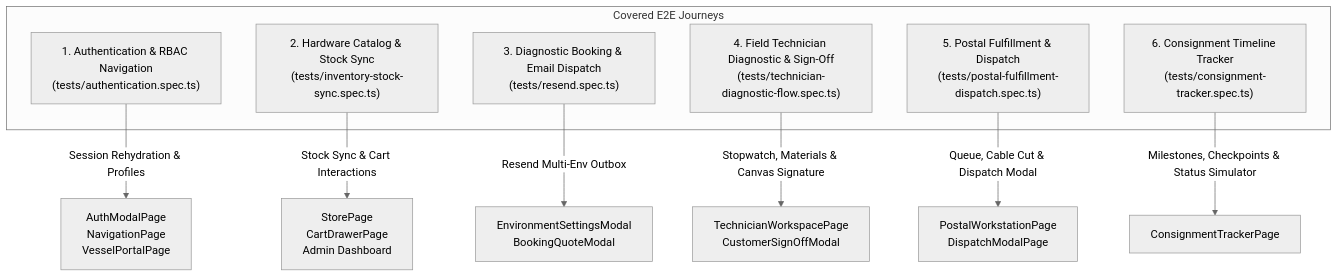
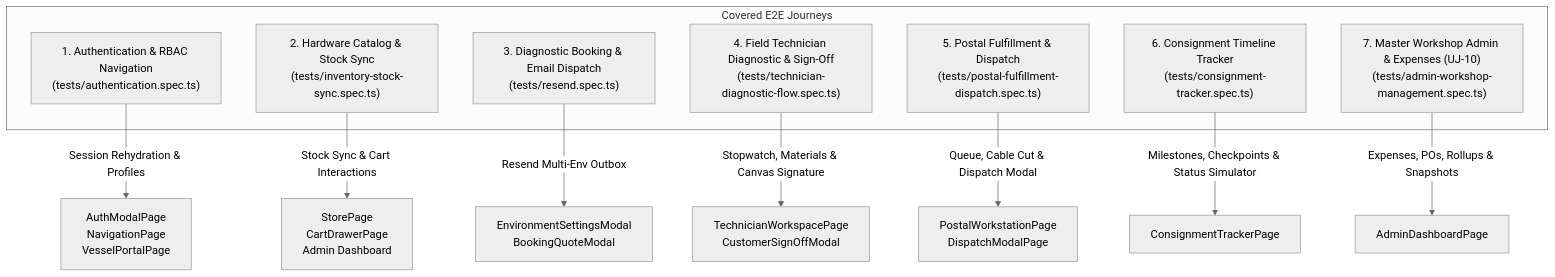
Before and after one commit to AnthonyWrather/ajwmes: the first of 2 diagrams in docs/E2E_USER_JOURNEYS.md, drawn with Mermaid (neutral theme). The commit also changed other lines of this file and 9 other files, not shown here.

Commit message:
feat(e2e): implement Journey 10 master workshop administration, expenses and restock flow

````diff
--- a/docs/E2E_USER_JOURNEYS.md
+++ b/docs/E2E_USER_JOURNEYS.md
@@ -27,18 +27,20 @@
 ```mermaid
 graph TD
     subgraph ExistingJourneys["Covered E2E Journeys"]
         J1["1. Authentication & RBAC Navigation\n(tests/authentication.spec.ts)"]
         J2["2. Hardware Catalog & Stock Sync\n(tests/inventory-stock-sync.spec.ts)"]
         J3["3. Diagnostic Booking & Email Dispatch\n(tests/resend.spec.ts)"]
         J4["4. Field Technician Diagnostic & Sign-Off\n(tests/technician-diagnostic-flow.spec.ts)"]
         J5["5. Postal Fulfillment & Dispatch\n(tests/postal-fulfillment-dispatch.spec.ts)"]
         J6["6. Consignment Timeline Tracker\n(tests/consignment-tracker.spec.ts)"]
+        J7["7. Master Workshop Admin & Expenses (UJ-10)\n(tests/admin-workshop-management.spec.ts)"]
     end
 
     J1 -->|"Session Rehydration & Profiles"| POM1["AuthModalPage\nNavigationPage\nVesselPortalPage"]
     J2 -->|"Stock Sync & Cart Interactions"| POM2["StorePage\nCartDrawerPage\nAdmin Dashboard"]
     J3 -->|"Resend Multi-Env Outbox"| POM3["EnvironmentSettingsModal\nBookingQuoteModal"]
     J4 -->|"Stopwatch, Materials & Canvas Signature"| POM4["TechnicianWorkspacePage\nCustomerSignOffModal"]
     J5 -->|"Queue, Cable Cut & Dispatch Modal"| POM5["PostalWorkstationPage\nDispatchModalPage"]
     J6 -->|"Milestones, Checkpoints & Status Simulator"| POM6["ConsignmentTrackerPage"]
+    J7 -->|"Expenses, POs, Rollups & Snapshots"| POM7["AdminDashboardPage"]
 ```
````
